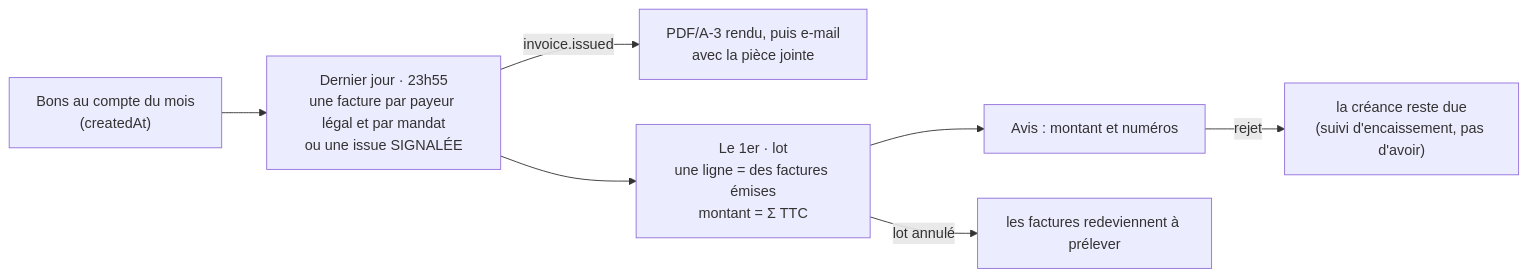
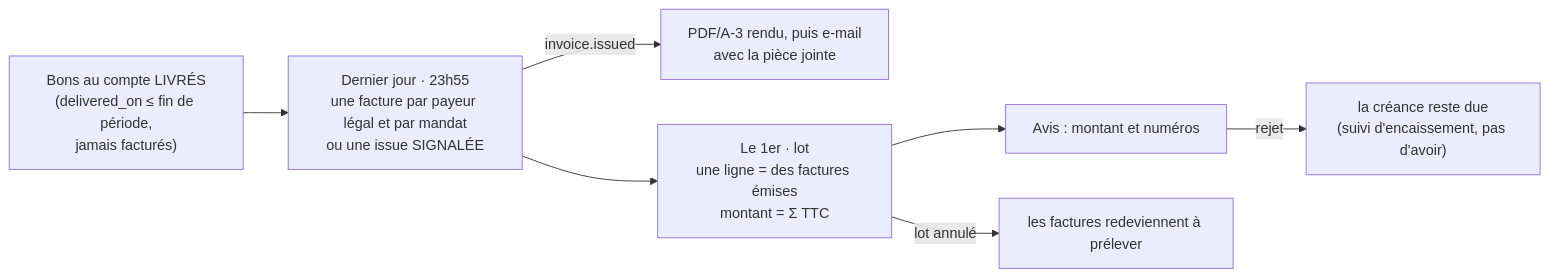
Before and after one commit to hugoheynard/lfd: the first of 2 diagrams in documentation/comptabilite/facturation/facture-emise.md, drawn with Mermaid. The commit also changed other lines of this file and 67 other files, not shown here.

First line of the commit message:
feat(facturation): ZL — chaque bon se facture dans le mois de sa livraison

````diff
--- a/documentation/comptabilite/facturation/facture-emise.md
+++ b/documentation/comptabilite/facturation/facture-emise.md
@@ -39,9 +44,9 @@
 ```mermaid
 flowchart LR
-  B["Bons au compte du mois<br/>(createdAt)"] --> F["Dernier jour · 23h55<br/>une facture par payeur légal et par mandat<br/>ou une issue SIGNALÉE"]
+  B["Bons au compte LIVRÉS<br/>(delivered_on ≤ fin de période,<br/>jamais facturés)"] --> F["Dernier jour · 23h55<br/>une facture par payeur légal et par mandat<br/>ou une issue SIGNALÉE"]
   F -->|"invoice.issued"| N["PDF/A-3 rendu, puis e-mail<br/>avec la pièce jointe"]
   F --> L["Le 1er · lot<br/>une ligne = des factures émises<br/>montant = Σ TTC"]
   L --> A["Avis : montant et numéros"]
   L -->|"lot annulé"| F2["les factures redeviennent à prélever"]
   A -->|rejet| R["la créance reste due<br/>(suivi d'encaissement, pas d'avoir)"]
 ```
````
